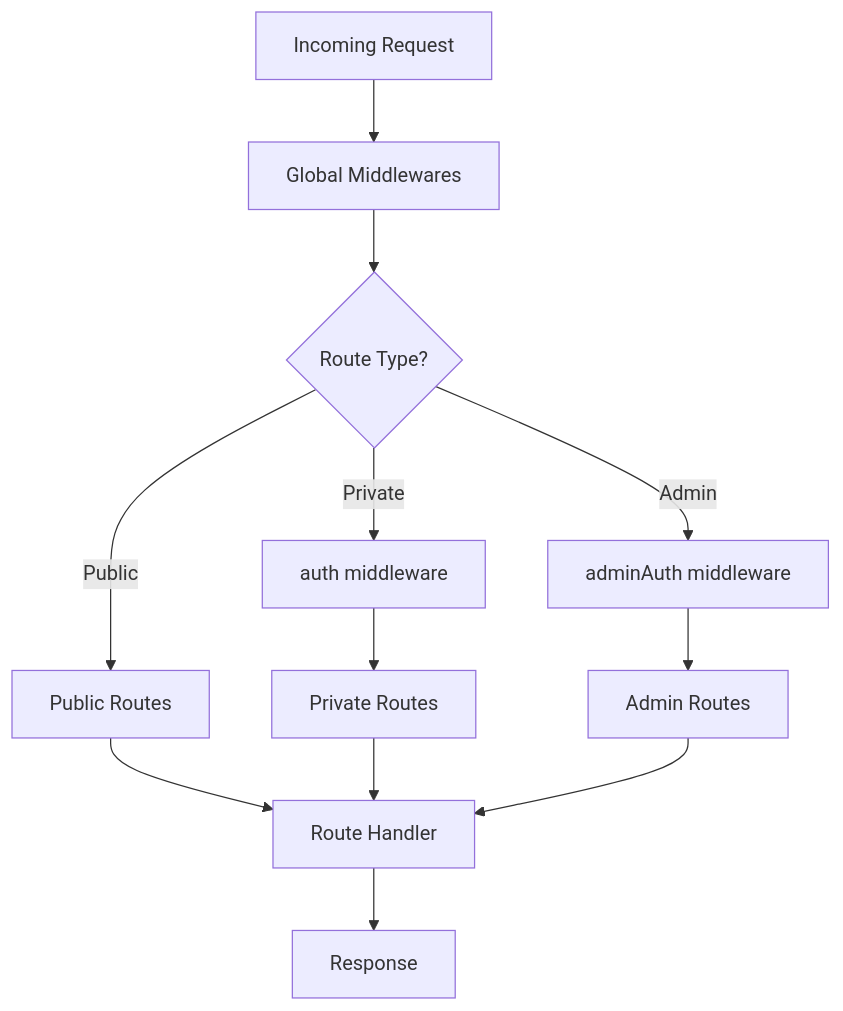
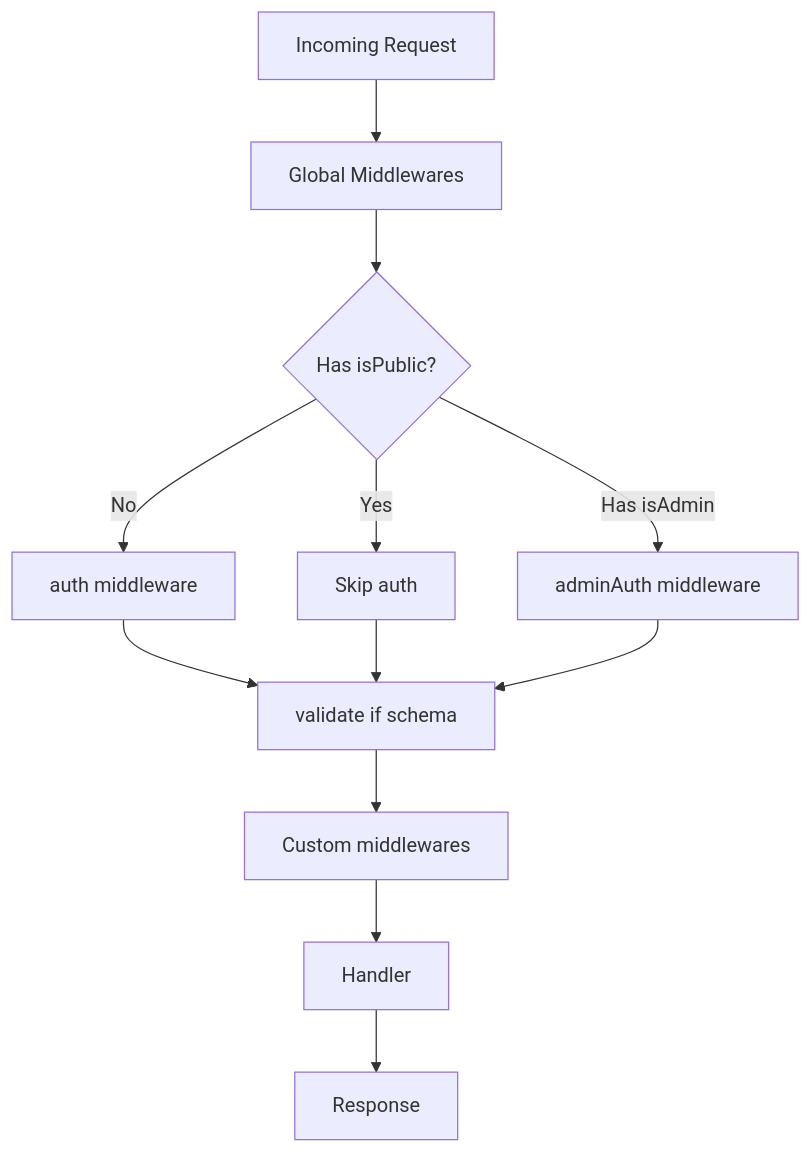
Before and after one commit to paralect/ship: the first of 2 diagrams in docs/api-reference/routing/overview.mdx, drawn with Mermaid. The commit also changed other lines of this file and 24 other files, not shown here.

````diff
--- a/docs/api-reference/routing/overview.mdx
+++ b/docs/api-reference/routing/overview.mdx
@@ -9,14 +9,14 @@
 ```mermaid
 flowchart TD
     A[Incoming Request] --> B[Global Middlewares]
-    B --> C{Route Type?}
-    C -->|Public| D[Public Routes]
-    C -->|Private| E[auth middleware]
-    C -->|Admin| F[adminAuth middleware]
-    E --> G[Private Routes]
-    F --> H[Admin Routes]
-    D --> I[Route Handler]
-    G --> I
-    H --> I
+    B --> C{Has isPublic?}
+    C -->|Yes| D[Skip auth]
+    C -->|No| E[auth middleware]
+    C -->|Has isAdmin| F[adminAuth middleware]
+    E --> G[validate if schema]
+    D --> G
+    F --> G
+    G --> H[Custom middlewares]
+    H --> I[Handler]
     I --> J[Response]
 ```
````
